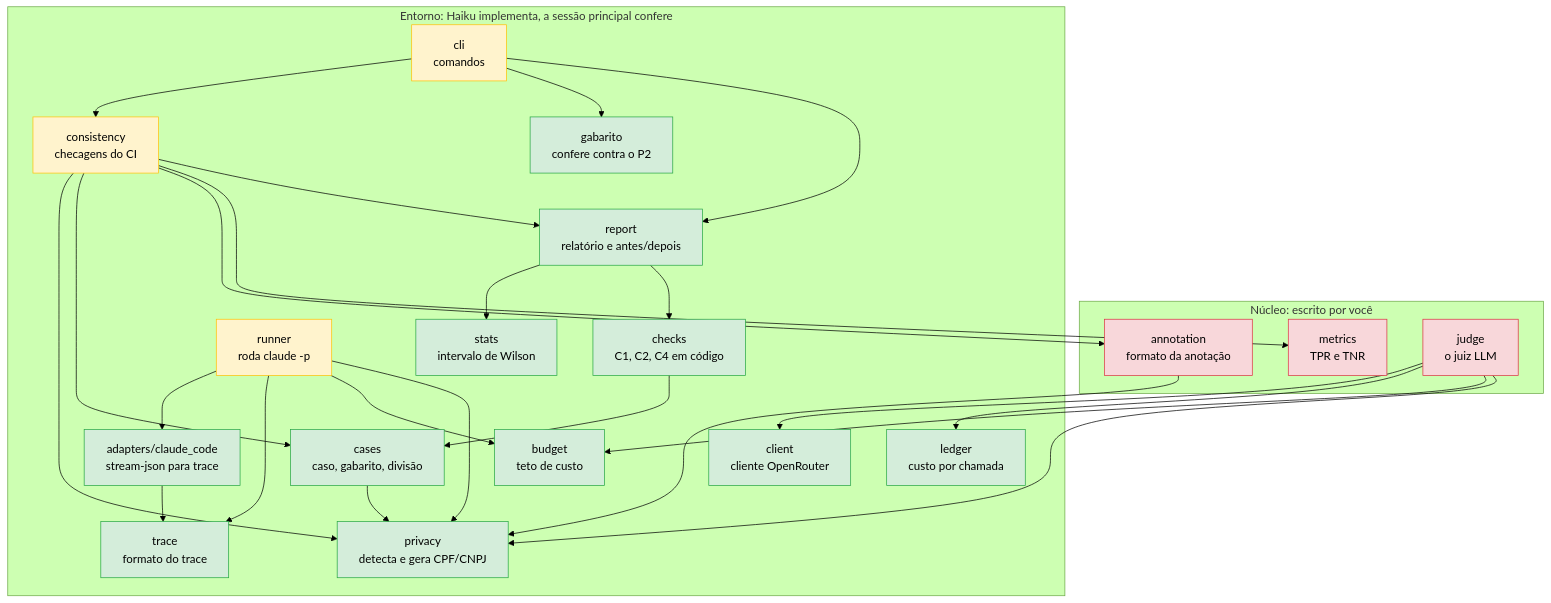
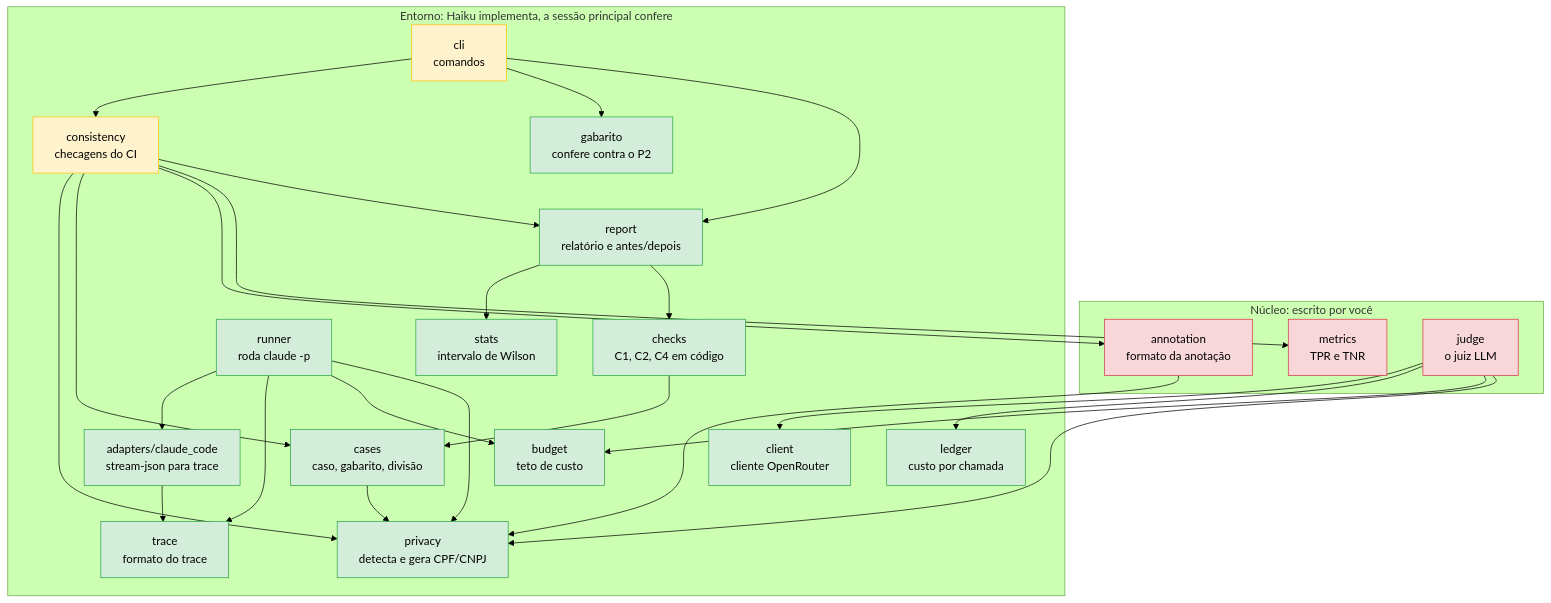
One commit to CristianonCarvalho/harness-p3-evals changed the diagram in docs/diagramas/08-modulos.md. Above: the diagram before and after it, drawn with Mermaid (forest theme). The commit also changed 2 other files, not shown here.

Commit message:
Docs: Tarefa 13 marcada como feita no README e nos diagramas 08 e 09

````diff
--- a/docs/diagramas/08-modulos.md
+++ b/docs/diagramas/08-modulos.md
@@ -5,56 +5,56 @@
 ```mermaid
 flowchart TB
     subgraph nucleo["Núcleo: escrito por você"]
         annotation["annotation<br/>formato da anotação"]
         metrics["metrics<br/>TPR e TNR"]
         judge["judge<br/>o juiz LLM"]
     end
 
     subgraph entorno["Entorno: Haiku implementa, a sessão principal confere"]
         privacy["privacy<br/>detecta e gera CPF/CNPJ"]
         trace["trace<br/>formato do trace"]
         cases["cases<br/>caso, gabarito, divisão"]
         checks["checks<br/>C1, C2, C4 em código"]
         stats["stats<br/>intervalo de Wilson"]
         gabarito["gabarito<br/>confere contra o P2"]
         budget["budget<br/>teto de custo"]
         client["client<br/>cliente OpenRouter"]
         ledger["ledger<br/>custo por chamada"]
         report["report<br/>relatório e antes/depois"]
         adapter["adapters/claude_code<br/>stream-json para trace"]
         runner["runner<br/>roda claude -p"]
         consistency["consistency<br/>checagens do CI"]
         cli["cli<br/>comandos"]
     end
 
     cases --> privacy
     checks --> cases
     report --> stats
     report --> checks
     annotation --> privacy
     judge --> client
     judge --> ledger
     judge --> budget
     judge --> privacy
     adapter --> trace
     runner --> adapter
     runner --> trace
     runner --> budget
     runner --> privacy
     consistency --> privacy
     consistency --> cases
     consistency --> annotation
     consistency --> metrics
     consistency --> report
     cli --> consistency
     cli --> gabarito
     cli --> report
 
     classDef feito fill:#d4edda,stroke:#28a745,color:#000
     classDef falta fill:#fff3cd,stroke:#ffc107,color:#000
     classDef seu fill:#f8d7da,stroke:#dc3545,color:#000
 
-    class privacy,trace,cases,checks,stats,gabarito,budget,client,ledger,report,adapter feito
-    class runner,consistency,cli falta
+    class privacy,trace,cases,checks,stats,gabarito,budget,client,ledger,report,adapter,runner feito
+    class consistency,cli falta
     class annotation,metrics,judge seu
 ```
````
